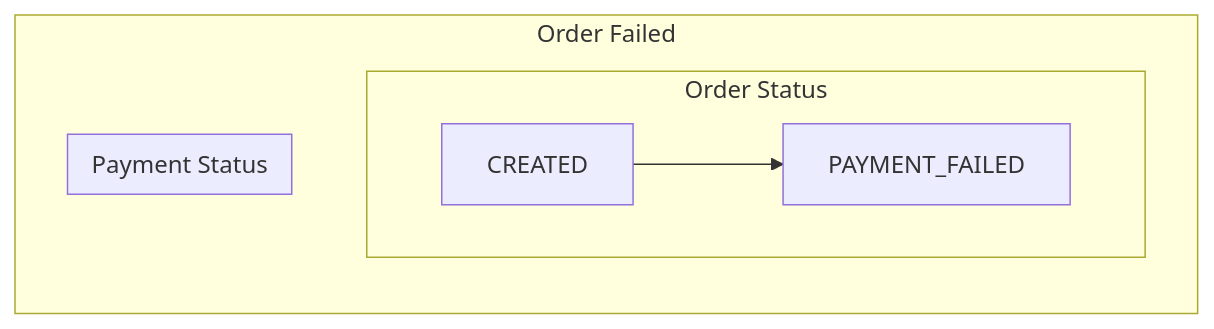
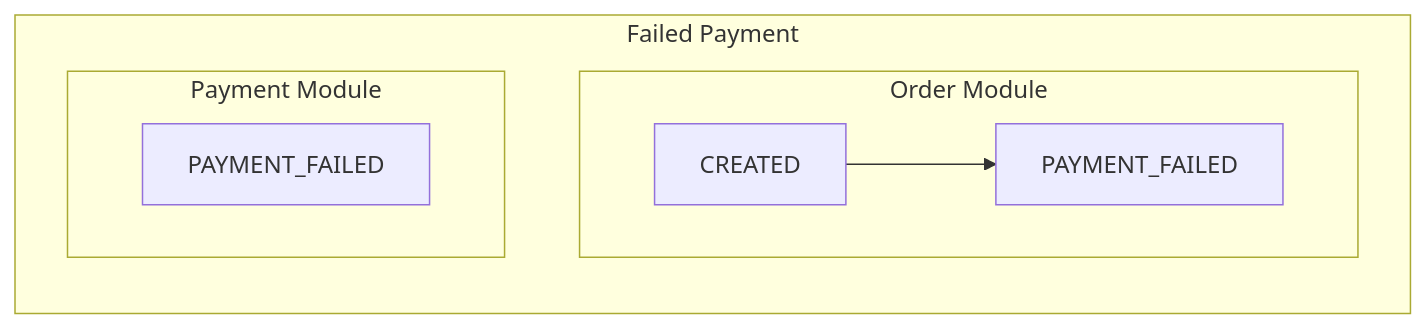
One commit to codecraft87/order-payment-system changed the fifth of 6 diagrams in README.md. Above: the diagram before and after it, drawn with Mermaid. The commit also changed other lines of this file, not shown here.

````diff
--- a/README.md
+++ b/README.md
@@ -190,14 +200,13 @@
 ```mermaid
 flowchart LR
-    CREATED --> PAYMENT_FAILED
+    subgraph "Failed Payment"
+        subgraph "Order Module"
+            O_CREATED[CREATED] --> O_FAILED[PAYMENT_FAILED]
+        end
 
-    subgraph "Order Failed"
-        subgraph "Order Status"
-            CREATED
-            PAYMENT_FAILED
-        end
-        subgraph "Payment Status"
-            PAYMENT_FAILED
+        subgraph "Payment Module"
+            P_FAILED[PAYMENT_FAILED]
         end
     end
+
 ```
````
